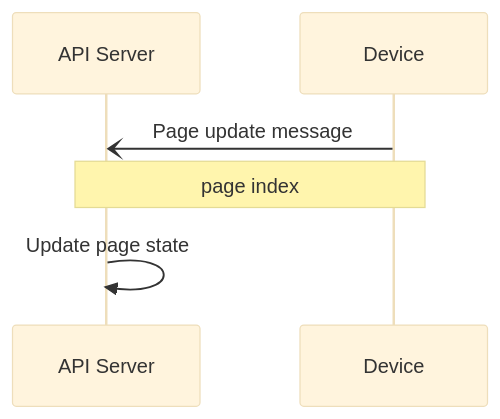
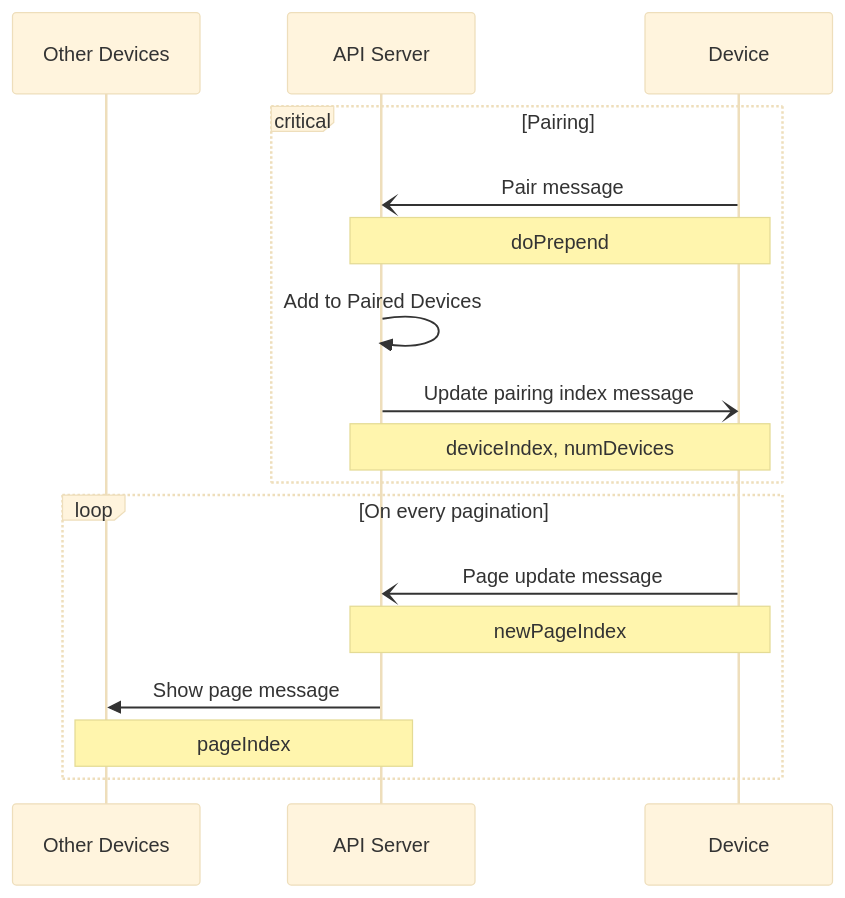
Before and after one commit to PDA-UR/inkplate-printer: the fourth of 4 diagrams in docs/communication.md, drawn with Mermaid (base theme). The commit also changed other lines of this file, not shown here.

````diff
--- a/docs/communication.md
+++ b/docs/communication.md
@@ -66,10 +130,24 @@
 ```mermaid
 sequenceDiagram
+    participant OD as Other Devices
     participant S as API Server
     participant D as Device
 
-    D -) S: Page update message
-    Note over S,D: page index
+    critical Pairing
+        D -) S: Pair message
+        Note over S,D: doPrepend
 
-    S ->> S: Update page state
+        S ->> S: Add to Paired Devices
+
+        S -) D: Update pairing index message
+        Note over S,D: deviceIndex, numDevices
+    end
+
+    loop On every pagination
+        D -) S: Page update message
+        Note over S,D: newPageIndex
+
+        S ->> OD: Show page message
+        Note over S,OD: pageIndex
+    end
 ```
````
